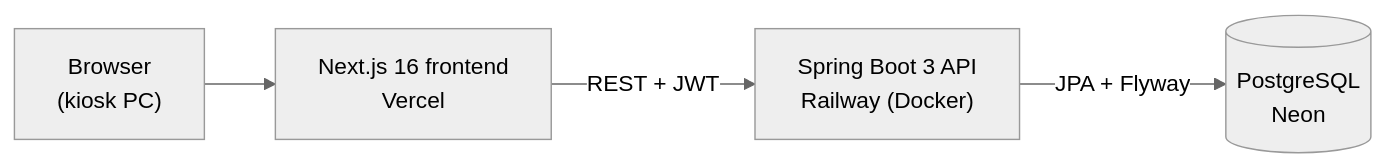
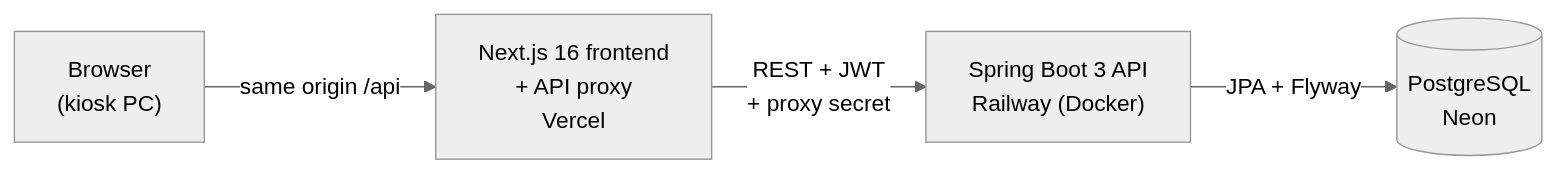
Before and after one commit to MamaniMarioOrlando/kiosco-la-madrina: the diagram in README.md, drawn with Mermaid (neutral theme). The commit also changed other lines of this file and 9 other files, not shown here.

First line of the commit message:
feat(frontend): route API calls through a same-origin Next.js proxy

````diff
--- a/README.md
+++ b/README.md
@@ -58,6 +58,6 @@
 ```mermaid
 flowchart LR
-    Browser["Browser<br/>(kiosk PC)"] --> Vercel["Next.js 16 frontend<br/>Vercel"]
-    Vercel -->|"REST + JWT"| Railway["Spring Boot 3 API<br/>Railway (Docker)"]
+    Browser["Browser<br/>(kiosk PC)"] -->|"same origin /api"| Vercel["Next.js 16 frontend<br/>+ API proxy<br/>Vercel"]
+    Vercel -->|"REST + JWT<br/>+ proxy secret"| Railway["Spring Boot 3 API<br/>Railway (Docker)"]
     Railway -->|"JPA + Flyway"| Neon[("PostgreSQL<br/>Neon")]
 ```
````
